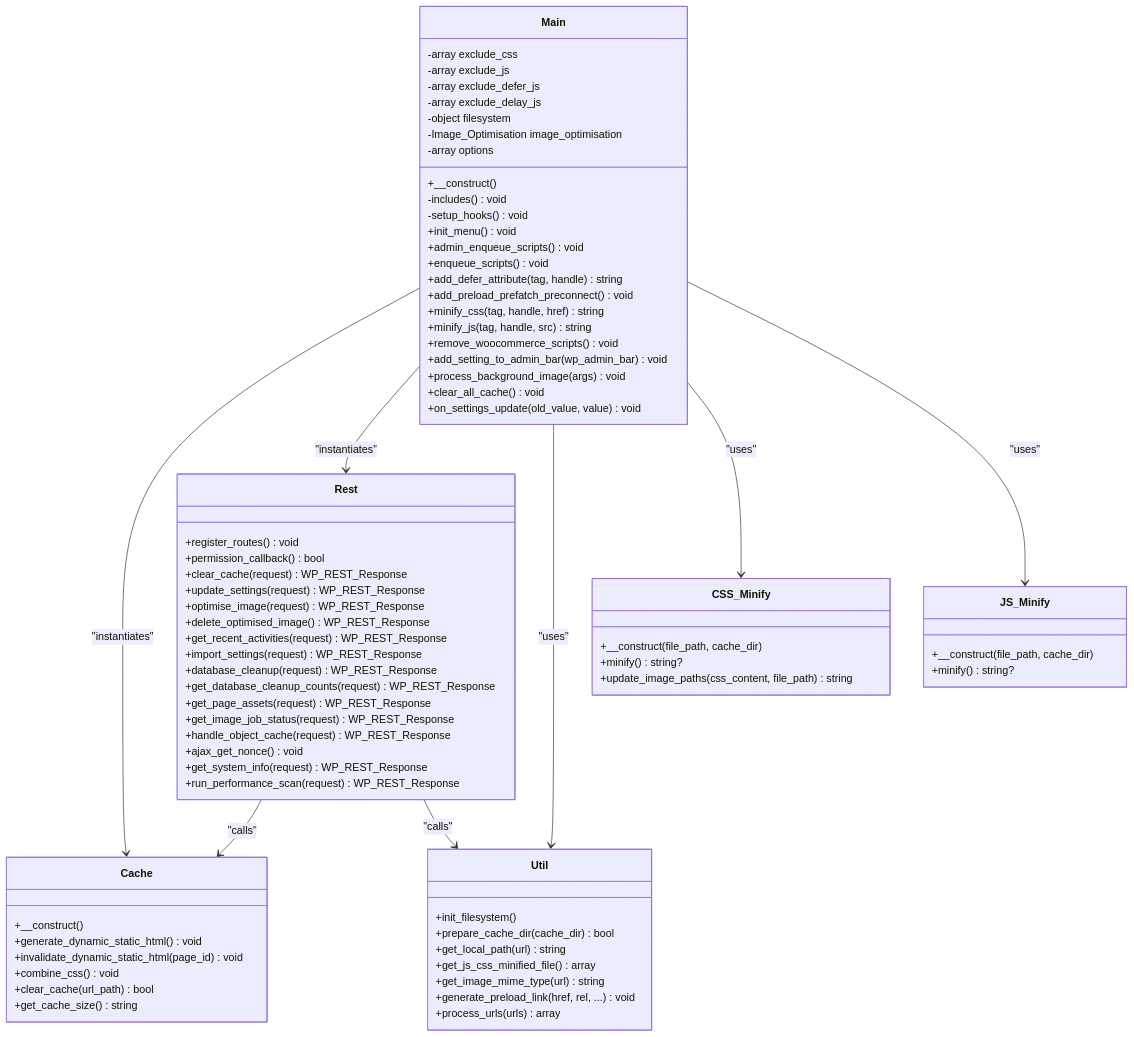
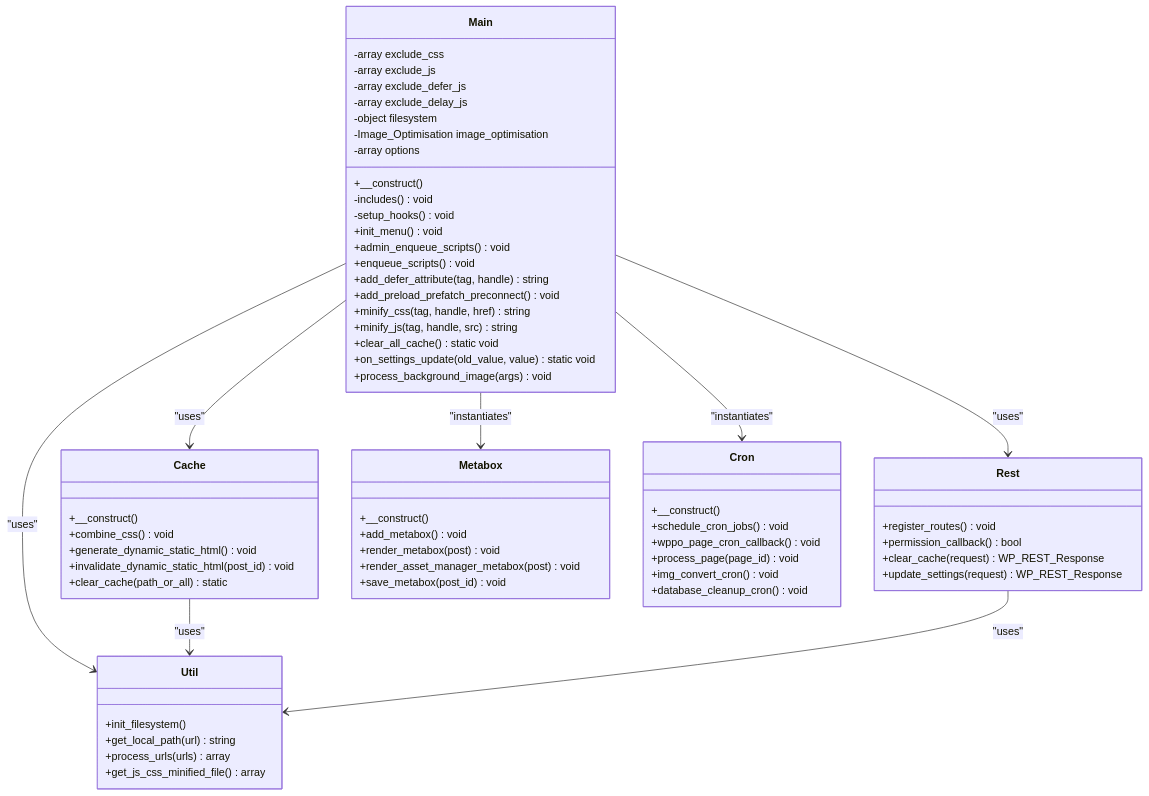
Before and after one commit to nilesh32236/performance-optimisation: the second of 5 diagrams in .qoder/repowiki/en/content/Core Architecture/Plugin Initialization.md, drawn with Mermaid. The commit also changed other lines of this file and 46 other files, not shown here.

````diff
--- a/.qoder/repowiki/en/content/Core Architecture/Plugin Initialization.md
+++ b/.qoder/repowiki/en/content/Core Architecture/Plugin Initialization.md
@@ -90,78 +74,66 @@
 ```mermaid
 classDiagram
 class Main {
 -array exclude_css
 -array exclude_js
 -array exclude_defer_js
 -array exclude_delay_js
 -object filesystem
 -Image_Optimisation image_optimisation
 -array options
 +__construct()
 -includes() void
 -setup_hooks() void
 +init_menu() void
 +admin_enqueue_scripts() void
 +enqueue_scripts() void
 +add_defer_attribute(tag, handle) string
 +add_preload_prefatch_preconnect() void
 +minify_css(tag, handle, href) string
 +minify_js(tag, handle, src) string
-+remove_woocommerce_scripts() void
-+add_setting_to_admin_bar(wp_admin_bar) void
++clear_all_cache() static void
++on_settings_update(old_value, value) static void
 +process_background_image(args) void
-+clear_all_cache() void
-+on_settings_update(old_value, value) void
 }
 class Cache {
 +__construct()
++combine_css() void
 +generate_dynamic_static_html() void
-+invalidate_dynamic_static_html(page_id) void
-+combine_css() void
-+clear_cache(url_path) bool
-+get_cache_size() string
++invalidate_dynamic_static_html(post_id) void
++clear_cache(path_or_all) static
 }
 class Rest {
 +register_routes() void
 +permission_callback() bool
 +clear_cache(request) WP_REST_Response
 +update_settings(request) WP_REST_Response
-+optimise_image(request) WP_REST_Response
-+delete_optimised_image() WP_REST_Response
-+get_recent_activities(request) WP_REST_Response
-+import_settings(request) WP_REST_Response
-+database_cleanup(request) WP_REST_Response
-+get_database_cleanup_counts(request) WP_REST_Response
-+get_page_assets(request) WP_REST_Response
-+get_image_job_status(request) WP_REST_Response
-+handle_object_cache(request) WP_REST_Response
-+ajax_get_nonce() void
-+get_system_info(request) WP_REST_Response
-+run_performance_scan(request) WP_REST_Response
+}
+class Metabox {
++__construct()
++add_metabox() void
++render_metabox(post) void
++render_asset_manager_metabox(post) void
++save_metabox(post_id) void
+}
+class Cron {
++__construct()
++schedule_cron_jobs() void
++wppo_page_cron_callback() void
++process_page(page_id) void
++img_convert_cron() void
++database_cleanup_cron() void
 }
 class Util {
 +init_filesystem()
-+prepare_cache_dir(cache_dir) bool
 +get_local_path(url) string
++process_urls(urls) array
 +get_js_css_minified_file() array
-+get_image_mime_type(url) string
-+generate_preload_link(href, rel, ...) void
-+process_urls(urls) array
 }
-class CSS_Minify {
-+__construct(file_path, cache_dir)
-+minify() string?
-+update_image_paths(css_content, file_path) string
-}
-class JS_Minify {
-+__construct(file_path, cache_dir)
-+minify() string?
-}
-Main --> Cache : "instantiates"
-Main --> Rest : "instantiates"
+Main --> Cache : "uses"
+Main --> Rest : "uses"
+Main --> Metabox : "instantiates"
+Main --> Cron : "instantiates"
 Main --> Util : "uses"
-Main --> CSS_Minify : "uses"
-Main --> JS_Minify : "uses"
-Rest --> Cache : "calls"
-Rest --> Util : "calls"
+Cache --> Util : "uses"
+Rest --> Util : "uses"
 ```
````
